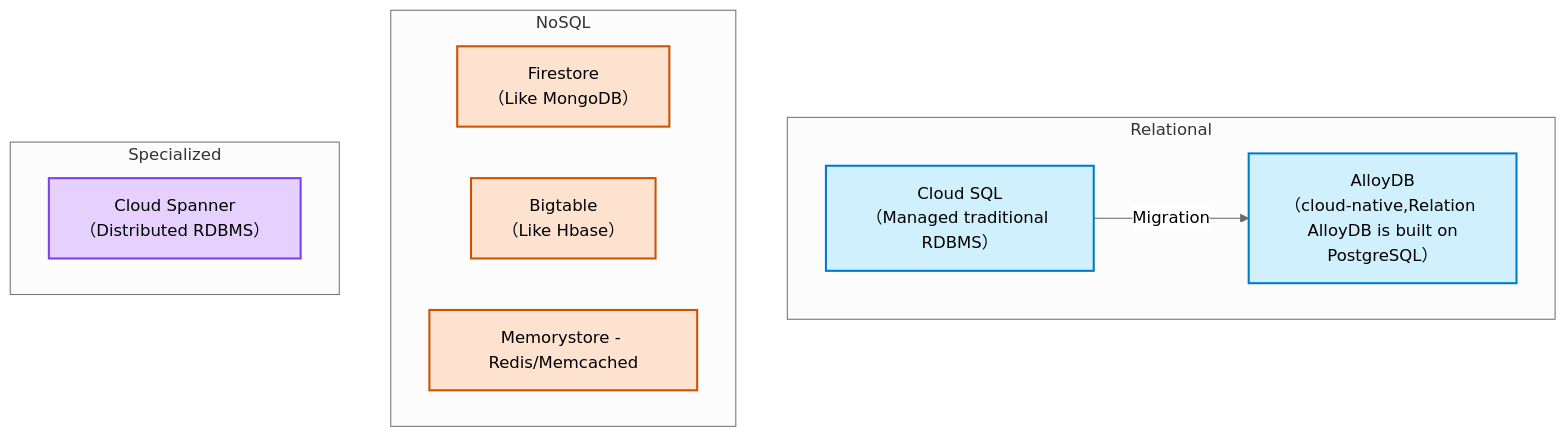
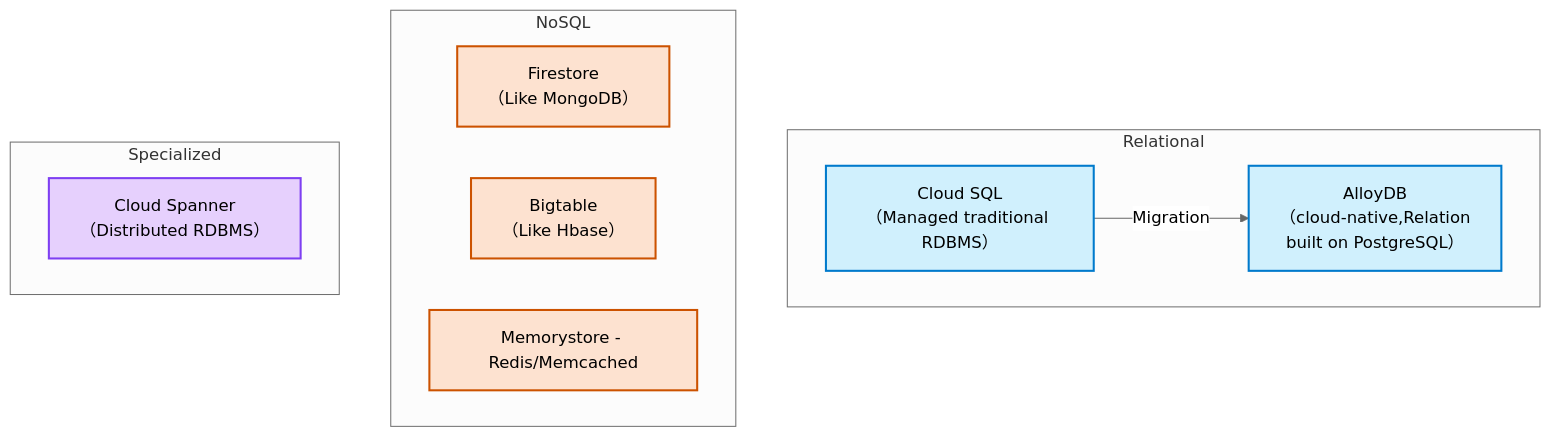
One commit to blaire101/DE2-AWS-Azure-GCP-2025 changed the second of 4 diagrams in Cloud3-GCP-Notes.md. Above: the diagram before and after it, drawn with Mermaid (neutral theme).

````diff
--- a/Cloud3-GCP-Notes.md
+++ b/Cloud3-GCP-Notes.md
@@ -171,31 +171,31 @@
 ```mermaid
 flowchart TB
     CloudSQL[Cloud SQL<br>（Managed traditional RDBMS）]:::relational
-    AlloyDB[AlloyDB<br>（cloud-native,Relation <br> AlloyDB is built on PostgreSQL）]:::relational
+    AlloyDB[AlloyDB<br>（cloud-native,Relation <br> built on PostgreSQL）]:::relational
     Firestore[Firestore<br>（Like MongoDB）]:::nosql
     Bigtable[Bigtable<br>（Like Hbase）]:::nosql
     Spanner[Cloud Spanner<br>（Distributed RDBMS）]:::special
     Memorystore[Memorystore - Redis/Memcached]:::nosql
 
     subgraph Relational
         CloudSQL
         AlloyDB
     end
 
     subgraph NoSQL
         Firestore
         Bigtable
         Memorystore
     end
 
     subgraph Specialized
         Spanner
     end
 
     CloudSQL -->|Migration| AlloyDB
 
     %% Styles
     classDef relational fill:#d0f0fd,stroke:#007acc,stroke-width:2px;
     classDef nosql fill:#fde2d0,stroke:#cc5200,stroke-width:2px;
     classDef special fill:#e6d0fd,stroke:#7e3ff2,stroke-width:2px;
 ```
````
